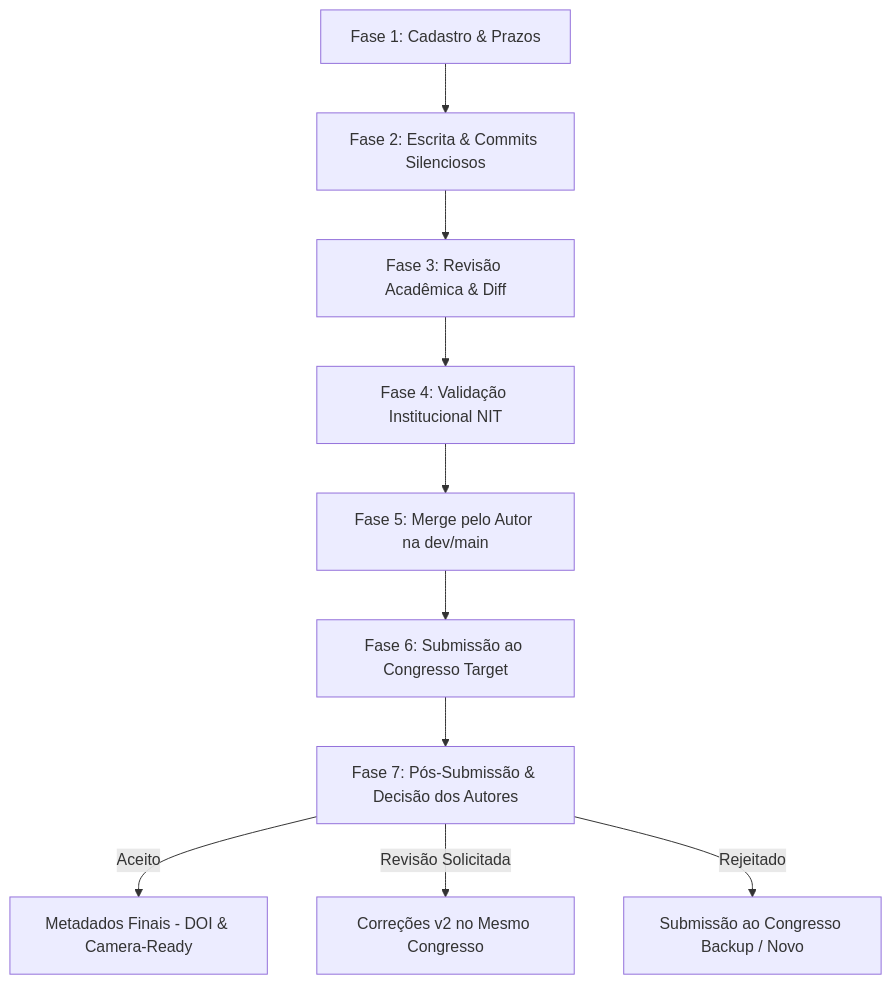
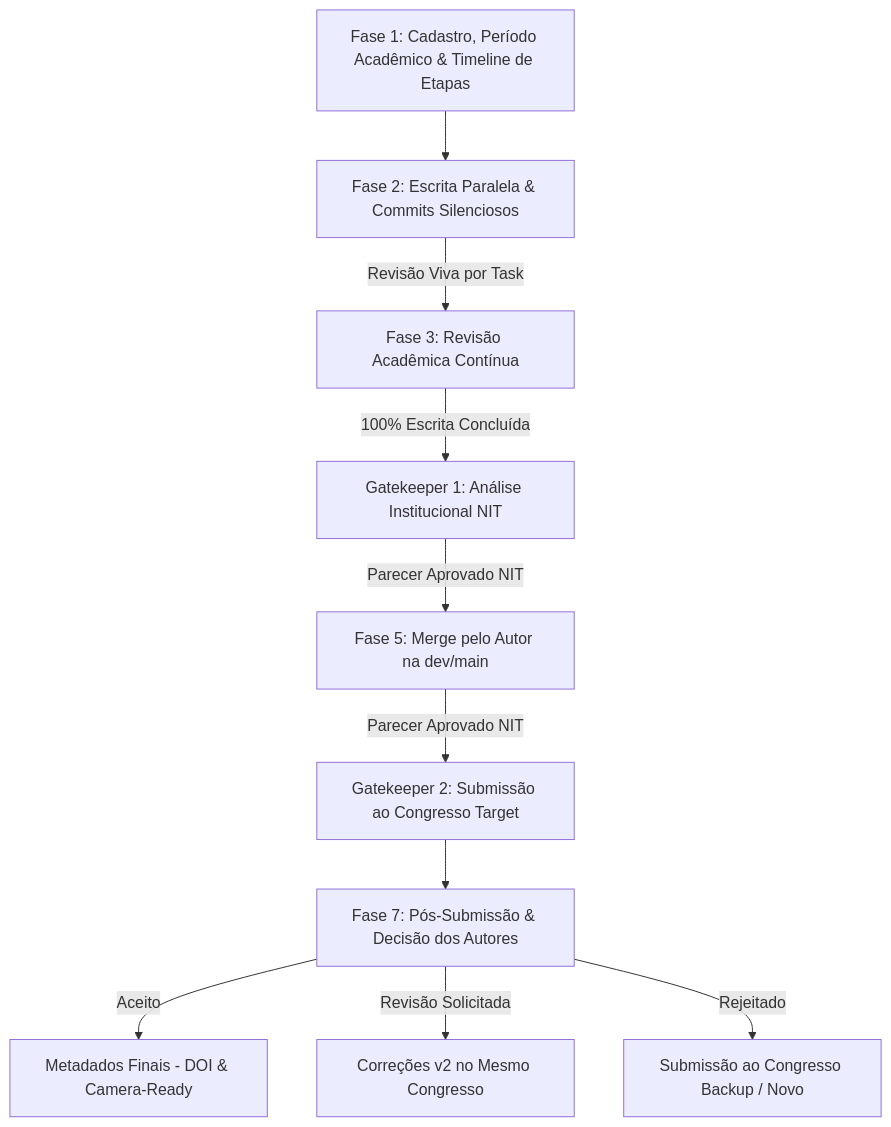
One commit to Digital-Analytics-Apps/sci-latex-vscode-ai changed the second of 2 diagrams in docs/planning/PRD.md. Above: the diagram before and after it, drawn with Mermaid. The commit also changed other lines of this file and 4 other files, not shown here.

Commit message:
docs: add specifications for multi-manager architecture, academic cycles, parallel stages, and gatekeepers

````diff
--- a/docs/planning/PRD.md
+++ b/docs/planning/PRD.md
@@ -48,13 +48,13 @@
 ```mermaid
 graph TD
-    F1[Fase 1: Cadastro & Prazos] --> F2[Fase 2: Escrita & Commits Silenciosos]
-    F2 --> F3[Fase 3: Revisão Acadêmica & Diff]
-    F3 --> F4[Fase 4: Validação Institucional NIT]
-    F4 --> F5[Fase 5: Merge pelo Autor na dev/main]
-    F5 --> F6[Fase 6: Submissão ao Congresso Target]
+    F1[Fase 1: Cadastro, Período Acadêmico & Timeline de Etapas] --> F2[Fase 2: Escrita Paralela & Commits Silenciosos]
+    F2 -->|Revisão Viva por Task| F3[Fase 3: Revisão Acadêmica Contínua]
+    F3 -->|100% Escrita Concluída| F4[Gatekeeper 1: Análise Institucional NIT]
+    F4 -->|Parecer Aprovado NIT| F5[Fase 5: Merge pelo Autor na dev/main]
+    F5 -->|Parecer Aprovado NIT| F6[Gatekeeper 2: Submissão ao Congresso Target]
     F6 --> F7[Fase 7: Pós-Submissão & Decisão dos Autores]
     
     F7 -->|Aceito| C1[Metadados Finais - DOI & Camera-Ready]
     F7 -->|Revisão Solicitada| C2[Correções v2 no Mesmo Congresso]
     F7 -->|Rejeitado| C3[Submissão ao Congresso Backup / Novo]
 ```
````
